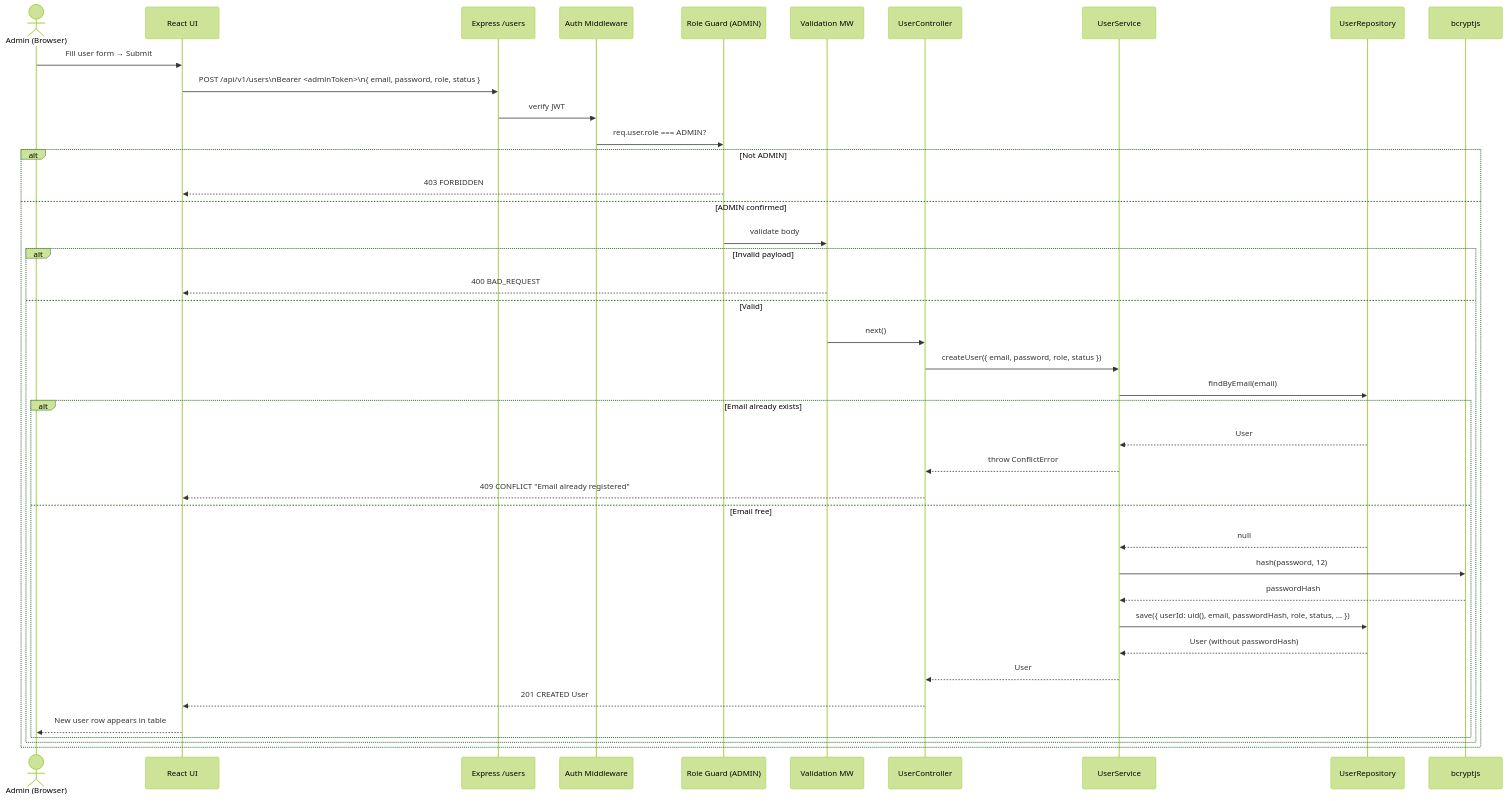
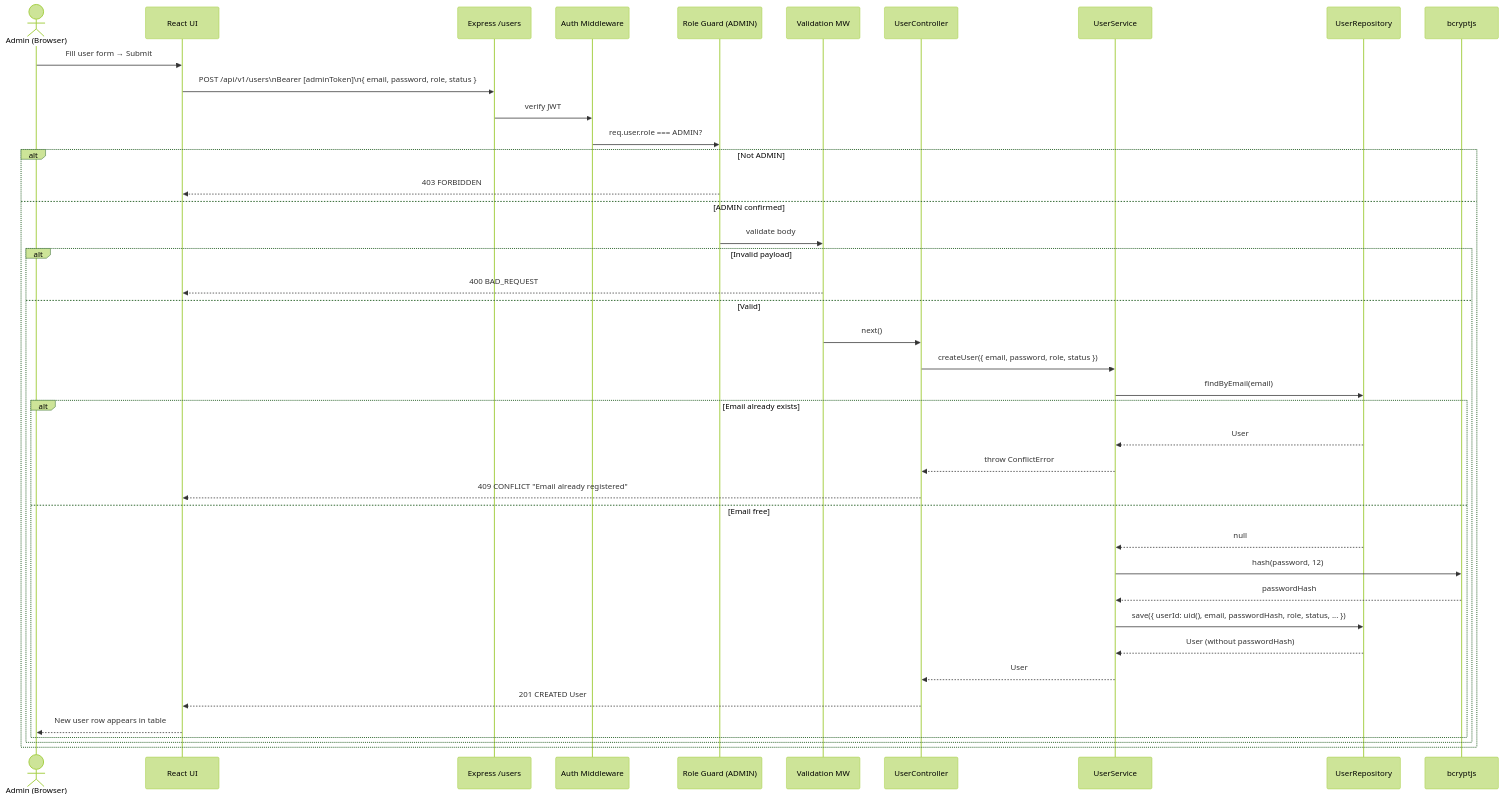
Before and after one commit to vijaynvb/ellucian_ghc3: the seventh of 17 diagrams in software-architecture.md, drawn with Mermaid (forest theme). The commit also changed other lines of this file and 14285 other files, not shown here.

````diff
--- a/software-architecture.md
+++ b/software-architecture.md
@@ -527,44 +535,44 @@
 ```mermaid
 sequenceDiagram
     actor Admin as Admin (Browser)
     participant UI as React UI
     participant API as Express /users
     participant AuthMW as Auth Middleware
     participant RoleMW as Role Guard (ADMIN)
     participant ValMW as Validation MW
     participant UC as UserController
     participant US as UserService
     participant UR as UserRepository
     participant Bcrypt as bcryptjs
 
     Admin->>UI: Fill user form → Submit
-    UI->>API: POST /api/v1/users\nBearer <adminToken>\n{ email, password, role, status }
+    UI->>API: POST /api/v1/users\nBearer [adminToken]\n{ email, password, role, status }
     API->>AuthMW: verify JWT
     AuthMW->>RoleMW: req.user.role === ADMIN?
     alt Not ADMIN
         RoleMW-->>UI: 403 FORBIDDEN
     else ADMIN confirmed
         RoleMW->>ValMW: validate body
         alt Invalid payload
             ValMW-->>UI: 400 BAD_REQUEST
         else Valid
             ValMW->>UC: next()
             UC->>US: createUser({ email, password, role, status })
             US->>UR: findByEmail(email)
             alt Email already exists
                 UR-->>US: User
                 US-->>UC: throw ConflictError
                 UC-->>UI: 409 CONFLICT "Email already registered"
             else Email free
                 UR-->>US: null
                 US->>Bcrypt: hash(password, 12)
                 Bcrypt-->>US: passwordHash
                 US->>UR: save({ userId: uid(), email, passwordHash, role, status, ... })
                 UR-->>US: User (without passwordHash)
                 US-->>UC: User
                 UC-->>UI: 201 CREATED User
                 UI-->>Admin: New user row appears in table
             end
         end
     end
 ```
````
